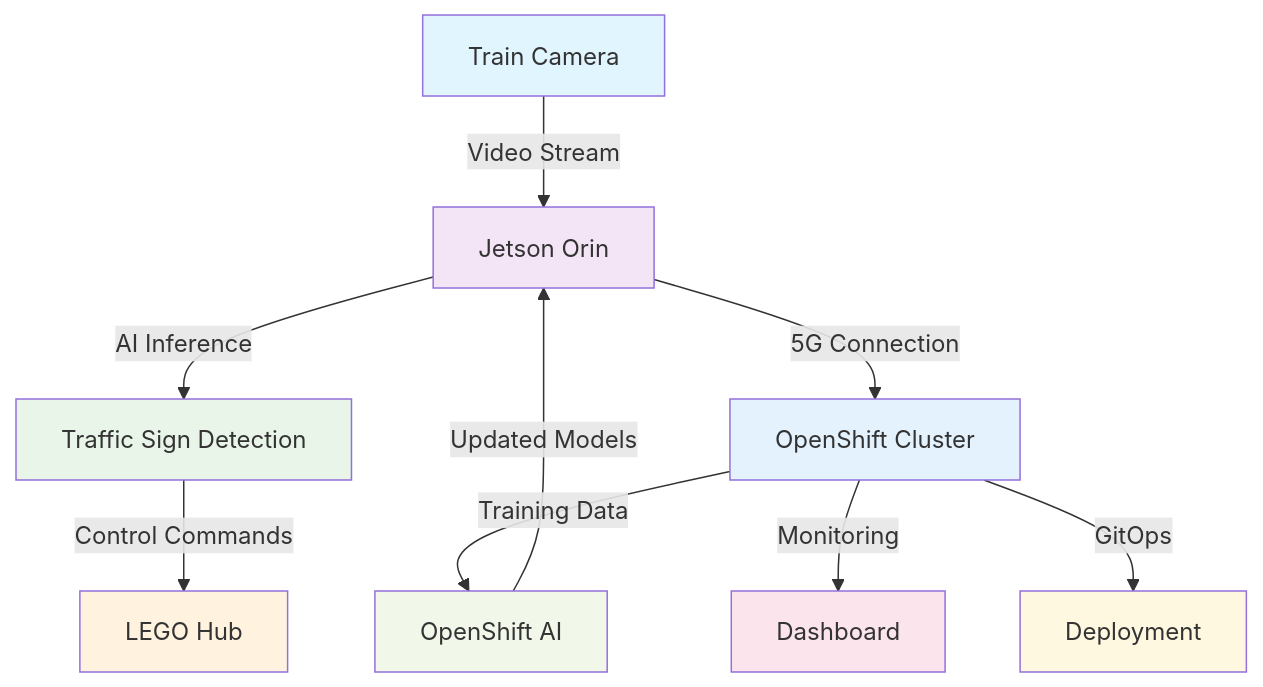
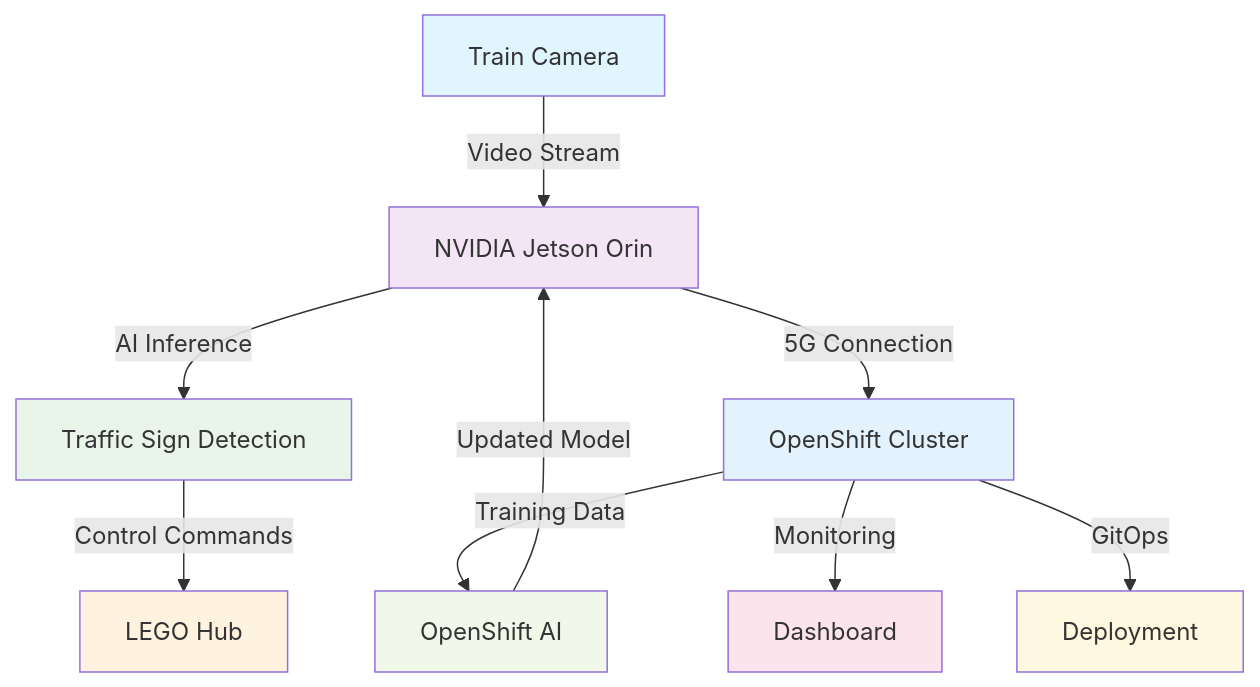
One commit to Demo-AI-Edge-Crazy-Train/lego-summit-connect-2025-lab-statement changed the diagram in content/overview/architecture.en.md. Above: the diagram before and after it, drawn with Mermaid.

Commit message:
Fix typo in architecture diagram labels

```diff
--- a/content/overview/architecture.en.md
+++ b/content/overview/architecture.en.md
@@ -94,20 +94,20 @@
 {{< mermaid >}}
 graph TD
-    A[Train Camera] -->|Video Stream| B[Jetson Orin]
+    A[Train Camera] -->|Video Stream| B[NVIDIA Jetson Orin]
     B -->|AI Inference| C[Traffic Sign Detection]
     C -->|Control Commands| D[LEGO Hub]
     B -->|5G Connection| E[OpenShift Cluster]
     E -->|Training Data| F[OpenShift AI]
-    F -->|Updated Models| B
+    F -->|Updated Model| B
     E -->|Monitoring| G[Dashboard]
     E -->|GitOps| H[Deployment]
     
     style A fill:#e1f5fe
     style B fill:#f3e5f5
     style C fill:#e8f5e8
     style D fill:#fff3e0
     style E fill:#e3f2fd
     style F fill:#f1f8e9
     style G fill:#fce4ec
     style H fill:#fff8e1
 {{< /mermaid >}}
```
